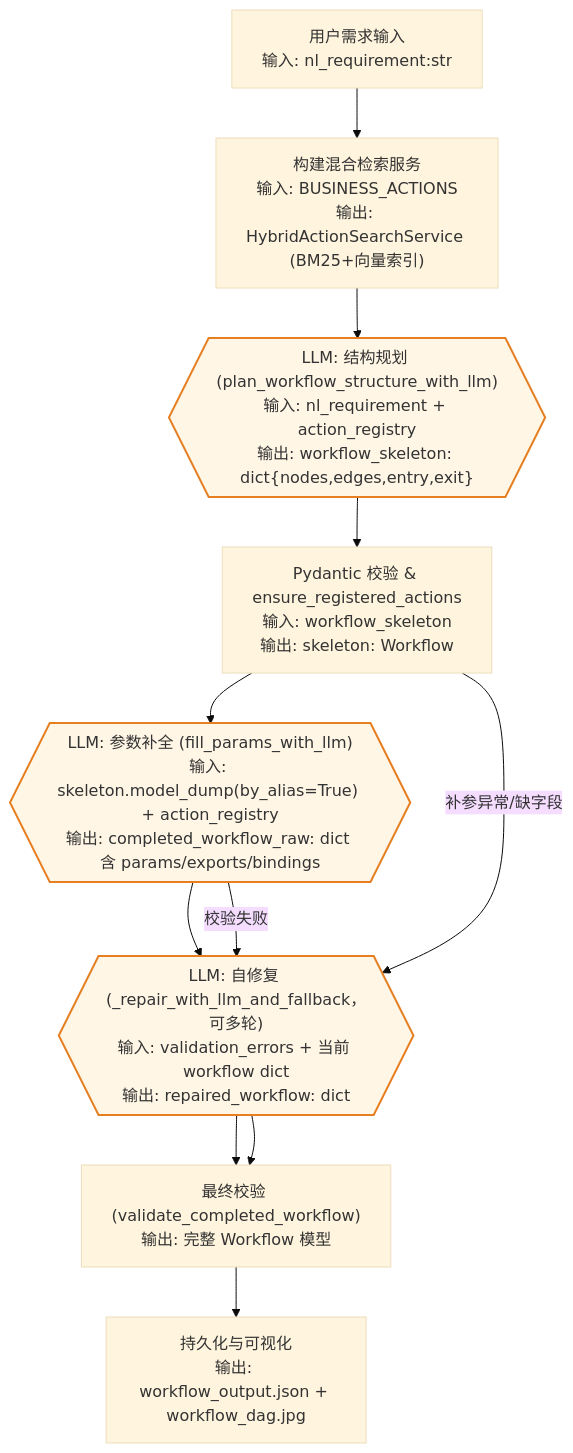
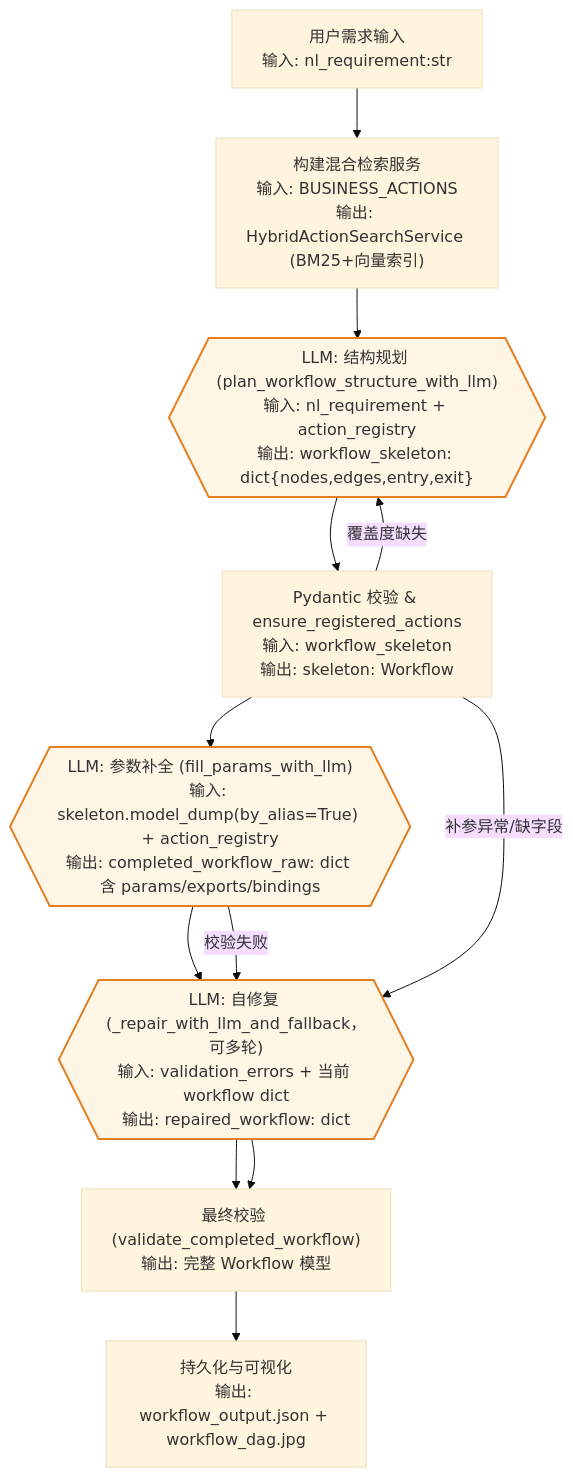
One commit to zhongkaifu/VelvetFlow changed the diagram in README.md. Above: the diagram before and after it, drawn with Mermaid (base theme). The commit also changed other lines of this file, not shown here.

````diff
--- a/README.md
+++ b/README.md
@@ -84,16 +85,17 @@
 ```mermaid
 flowchart TD
     A["用户需求输入\n输入: nl_requirement:str"] --> B
     B["构建混合检索服务\n输入: BUSINESS_ACTIONS\n输出: HybridActionSearchService (BM25+向量索引)"] --> C
     C{{"LLM: 结构规划 (plan_workflow_structure_with_llm)\n输入: nl_requirement + action_registry\n输出: workflow_skeleton: dict{nodes,edges,entry,exit}"}} --> D
     D["Pydantic 校验 & ensure_registered_actions\n输入: workflow_skeleton\n输出: skeleton: Workflow"] --> E
     E{{"LLM: 参数补全 (fill_params_with_llm)\n输入: skeleton.model_dump(by_alias=True) + action_registry\n输出: completed_workflow_raw: dict 含 params/exports/bindings"}} --> F
     F{{"LLM: 自修复 (_repair_with_llm_and_fallback，可多轮)\n输入: validation_errors + 当前 workflow dict\n输出: repaired_workflow: dict"}} --> G
+    D -->|覆盖度缺失| C
     D -->|补参异常/缺字段| F
     E -->|校验失败| F
     F --> G
     G["最终校验 (validate_completed_workflow)\n输出: 完整 Workflow 模型"] --> H["持久化与可视化\n输出: workflow_output.json + workflow_dag.jpg"]
 
     classDef llm fill:#fff6e6,stroke:#e67e22,stroke-width:2px;
     class C,E,F llm;
 ```
````
